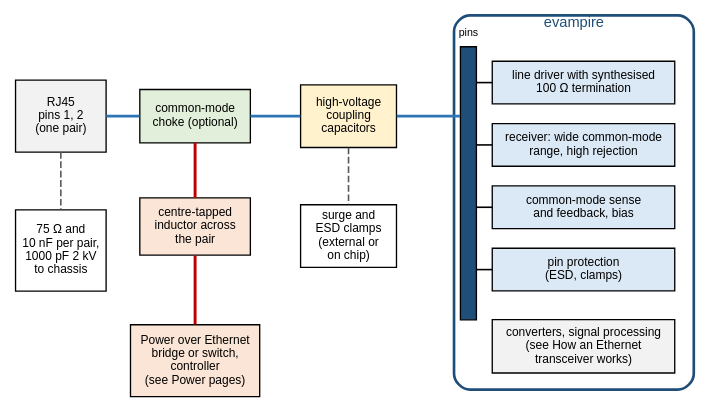
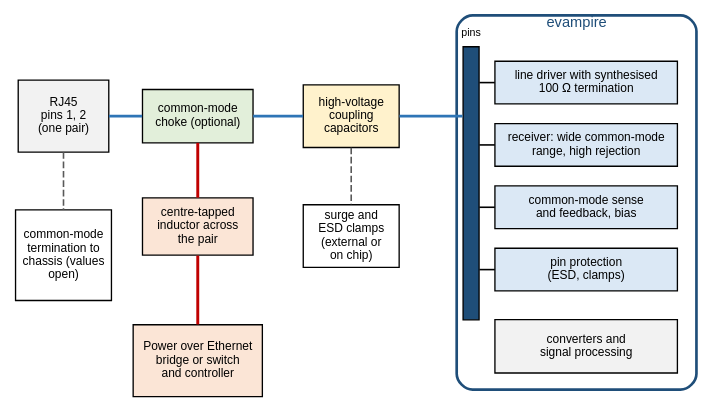
The diagram in docs/ethernet/magnetics/arch-capacitor.dot (mithro/evampire), drawn with Graphviz before and after one commit. The commit also changed 3 other files, not shown here.

Commit message:
Fix magnetics diagrams from review: 49.9 ohm, gaps, overlaps, no page names inside drawings

```diff
--- a/docs/ethernet/magnetics/arch-capacitor.dot
+++ b/docs/ethernet/magnetics/arch-capacitor.dot
@@ -1,85 +1,88 @@
 // Candidate transformer-free front end, one pair shown: high-voltage
 // coupling capacitors carry the data, a centre-tapped inductor carries the
 // Power over Ethernet current, and active circuits on evampire do the rest.
 //
 // Fixed grid, positions in inches:
 //   x = 0.6  RJ45 socket
 //   x = 2.0  common-mode choke (optional) and cable-side parts
 //   x = 3.6  coupling capacitors
 //   x = 5.9  evampire
 //
 // SPDX-License-Identifier: Apache-2.0
 
 graph arch_capacitor {
     graph [layout=neato, splines=line, outputorder=nodesfirst,
            fontname="Helvetica", fontsize=10];
     node  [fontname="Helvetica", fontsize=9, shape=box, style="filled",
            fillcolor="#ffffff", pin=true, fixedsize=true];
     edge  [penwidth=1.2];
 
     // evampire outline, drawn first so it sits behind its blocks.
     chip [pos="5.95,2.1!", width=2.5, height=3.9, label="evampire",
           labelloc=t, fontsize=11, fontcolor="#1f4e79", color="#1f4e79",
           style="rounded,bold", fillcolor="none"];
 
     rj45 [pos="0.6,3.0!", width=0.95, height=0.75, fillcolor="#f2f2f2",
           label="RJ45\npins 1, 2\n(one pair)"];
 
     cmc [pos="2.0,3.0!", width=1.15, height=0.55, fillcolor="#e2efda",
          label="common-mode\nchoke (optional)"];
 
     ind [pos="2.0,1.85!", width=1.15, height=0.6, fillcolor="#fbe5d6",
          label="centre-tapped\ninductor across\nthe pair"];
 
     poe [pos="2.0,0.45!", width=1.35, height=0.75, fillcolor="#fbe5d6",
-         label="Power over Ethernet\nbridge or switch,\ncontroller\n(see Power pages)"];
+         label="Power over Ethernet\nbridge or switch\nand controller"];
 
-    term [pos="0.6,1.6!", width=0.95, height=0.85,
-          label="75 Ω and\n10 nF per pair,\n1000 pF 2 kV\nto chassis"];
+    term [pos="0.6,1.55!", width=1.0, height=0.95,
+          label="common-mode
+termination to
+chassis (values
+open)"];
 
     ccap [pos="3.6,3.0!", width=1.0, height=0.65, fillcolor="#fff2cc",
           label="high-voltage\ncoupling\ncapacitors"];
 
     clamp [pos="3.6,1.75!", width=1.0, height=0.65,
            label="surge and\nESD clamps\n(external or\non chip)"];
 
     // On-chip blocks.
     node [fillcolor="#dbe8f5"];
     drv  [pos="6.05,3.35!", width=1.9, height=0.45,
           label="line driver with synthesised\n100 Ω termination"];
     rx   [pos="6.05,2.7!", width=1.9, height=0.45,
           label="receiver: wide common-mode\nrange, high rejection"];
     cm   [pos="6.05,2.05!", width=1.9, height=0.45,
           label="common-mode sense\nand feedback, bias"];
     prot [pos="6.05,1.4!", width=1.9, height=0.45,
           label="pin protection\n(ESD, clamps)"];
     dsp  [pos="6.05,0.6!", width=1.9, height=0.55, fillcolor="#f2f2f2",
-          label="converters, signal processing\n(see How an Ethernet\ntransceiver works)"];
+          label="converters and\nsignal processing"];
 
     pins [pos="4.85,2.3!", width=0.16, height=2.85, fillcolor="#1f4e79",
           label=""];
     pinl [pos="4.85,3.86!", shape=plain, fixedsize=false, fillcolor="none",
           style="", label="pins", fontsize=8];
 
     // Connection points on the right-hand and left-hand edges of the pins.
     node [shape=point, width=0.01, height=0.01, style=invis, fixedsize=true];
     pin_in   [pos="4.77,3.0!"];
     pin_drv  [pos="4.93,3.35!"];
     pin_rx   [pos="4.93,2.7!"];
     pin_cm   [pos="4.93,2.05!"];
     pin_prot [pos="4.93,1.4!"];
 
     // Data path.
     rj45 -- cmc [penwidth=2.2, color="#2e75b6"];
     cmc -- ccap [penwidth=2.2, color="#2e75b6"];
     ccap -- pin_in [penwidth=2.2, color="#2e75b6"];
     pin_drv -- drv; pin_rx -- rx; pin_cm -- cm; pin_prot -- prot;
 
     // Power path.
     cmc -- ind [penwidth=2.2, color="#c00000"];
     ind -- poe [penwidth=2.2, color="#c00000"];
 
     // Common-mode termination and protection.
     rj45 -- term [style=dashed, color="#595959"];
     ccap -- clamp [style=dashed, color="#595959"];
 }
```
